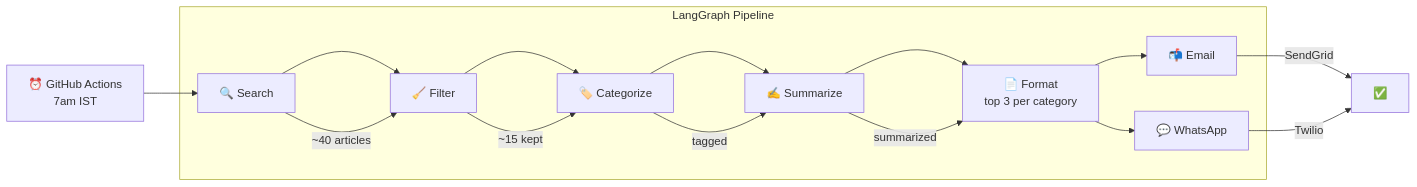
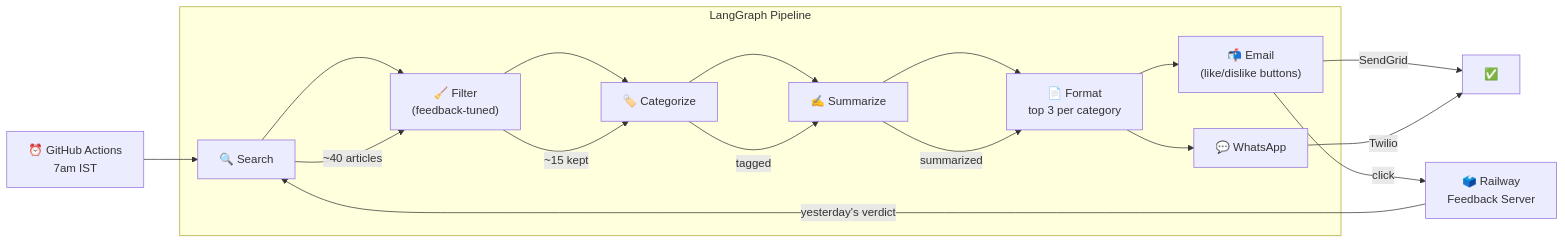
Before and after one commit to LordAizen1/newsforge: the diagram in README.md, drawn with Mermaid. The commit also changed other lines of this file, not shown here.

Commit message:
Update README with feedback loop docs and updated pipeline diagram

````diff
--- a/README.md
+++ b/README.md
@@ -24,20 +26,22 @@
 ```mermaid
 graph LR
     GHA["⏰ GitHub Actions\n7am IST"] --> S
 
     subgraph LangGraph Pipeline
-        S["🔍 Search"] --> F["🧹 Filter"]
+        S["🔍 Search"] --> F["🧹 Filter\n(feedback-tuned)"]
         F --> C["🏷️ Categorize"]
         C --> SU["✍️ Summarize"]
         SU --> FO["📄 Format\ntop 3 per category"]
-        FO --> ME["📬 Email"]
+        FO --> ME["📬 Email\n(like/dislike buttons)"]
         FO --> MW["💬 WhatsApp"]
     end
 
+    FB["🗳️ Railway\nFeedback Server"] -->|"yesterday's verdict"| S
     S -->|"~40 articles"| F
     F -->|"~15 kept"| C
     C -->|"tagged"| SU
     SU -->|"summarized"| FO
     ME -->|"SendGrid"| DONE["✅"]
     MW -->|"Twilio"| DONE
+    ME -->|"click"| FB
 ```
````
